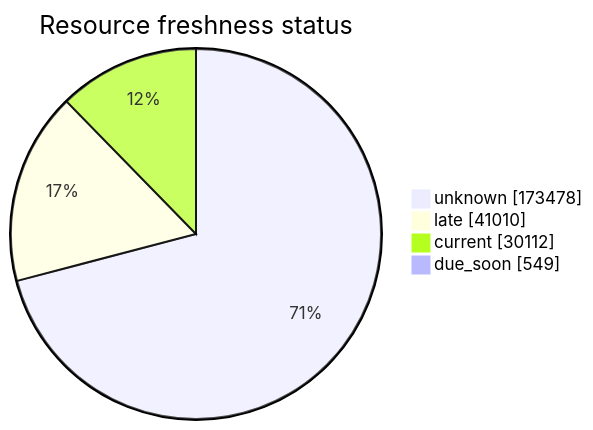
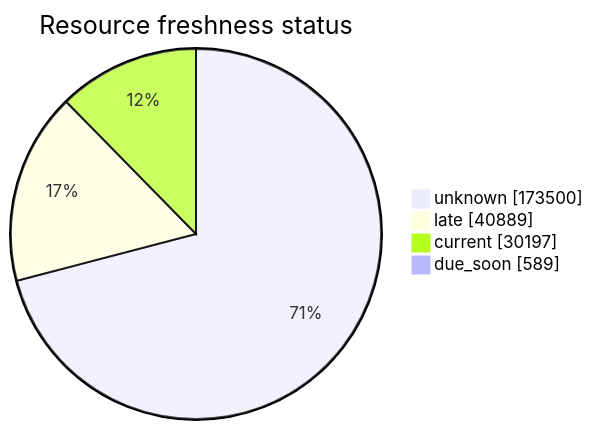
Before and after one commit to open-data/analytics-corporate-reporting: the third of 5 diagrams in FreshCheck/README.md, drawn with Mermaid. The commit also changed other lines of this file and 3 other files, not shown here.

````diff
--- a/FreshCheck/README.md
+++ b/FreshCheck/README.md
@@ -77,7 +77,7 @@
 ```mermaid
 pie showData title Resource freshness status
-    "unknown": 173478
-    "late": 41010
-    "current": 30112
-    "due_soon": 549
+    "unknown": 173500
+    "late": 40889
+    "current": 30197
+    "due_soon": 589
 ```
````
